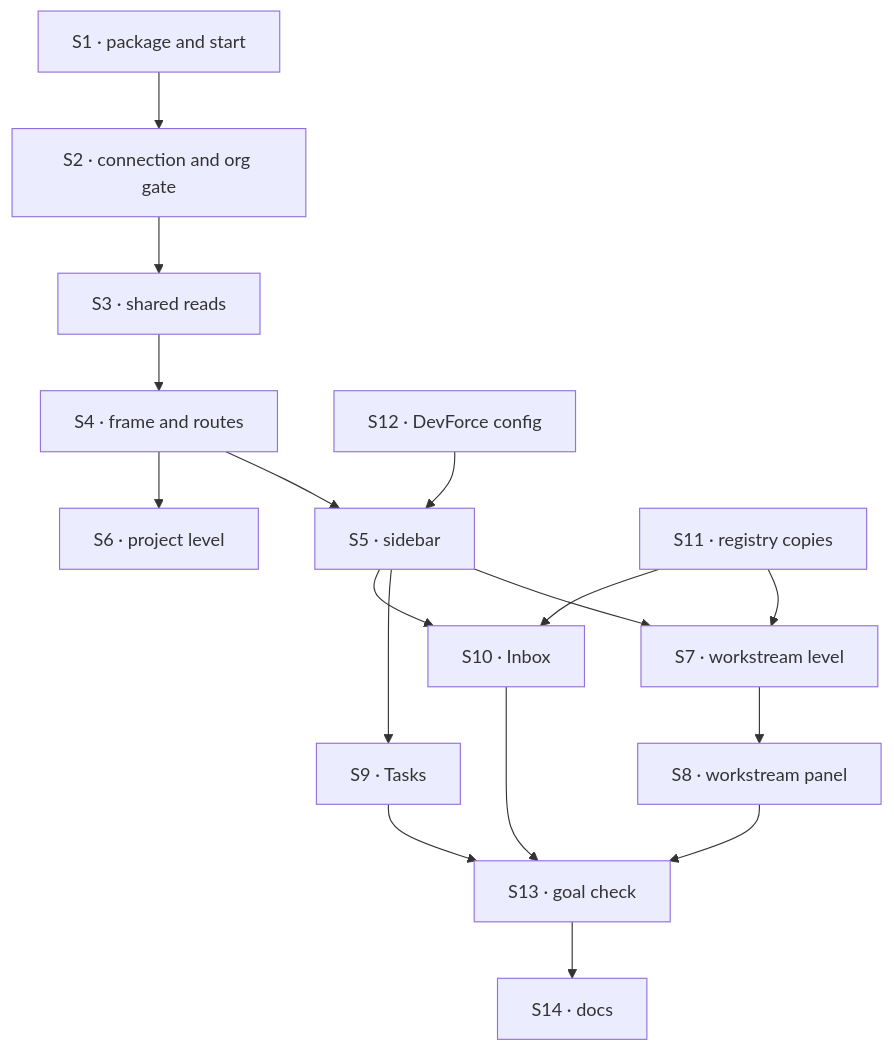
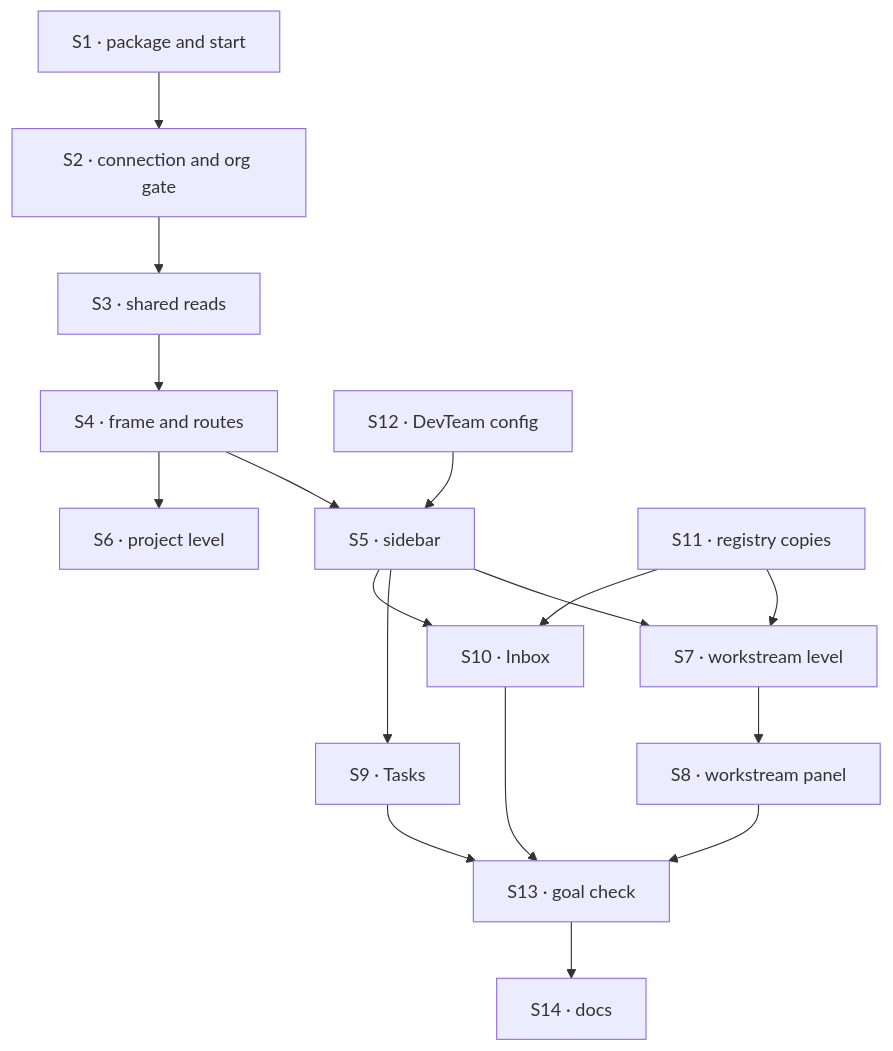
Before and after one commit to fixpoint-labs/flow-state-dev: the diagram in specs/issues/FIX-1662/PLAN.md, drawn with Mermaid. The commit also changed other lines of this file and 383 other files, not shown here.

````diff
--- a/specs/issues/FIX-1662/PLAN.md
+++ b/specs/issues/FIX-1662/PLAN.md
@@ -33,19 +33,19 @@
 ```mermaid
 flowchart TD
   S1["S1 · package and start"] --> S2["S2 · connection and org gate"]
   S2 --> S3["S3 · shared reads"]
   S3 --> S4["S4 · frame and routes"]
   S4 --> S5["S5 · sidebar"]
   S4 --> S6["S6 · project level"]
-  S12["S12 · DevForce config"] --> S5
+  S12["S12 · DevTeam config"] --> S5
   S5 --> S7["S7 · workstream level"]
   S7 --> S8["S8 · workstream panel"]
   S5 --> S9["S9 · Tasks"]
   S5 --> S10["S10 · Inbox"]
   S11["S11 · registry copies"] --> S7
   S11 --> S10
   S8 --> S13["S13 · goal check"]
   S9 --> S13
   S10 --> S13
   S13 --> S14["S14 · docs"]
 ```
````
